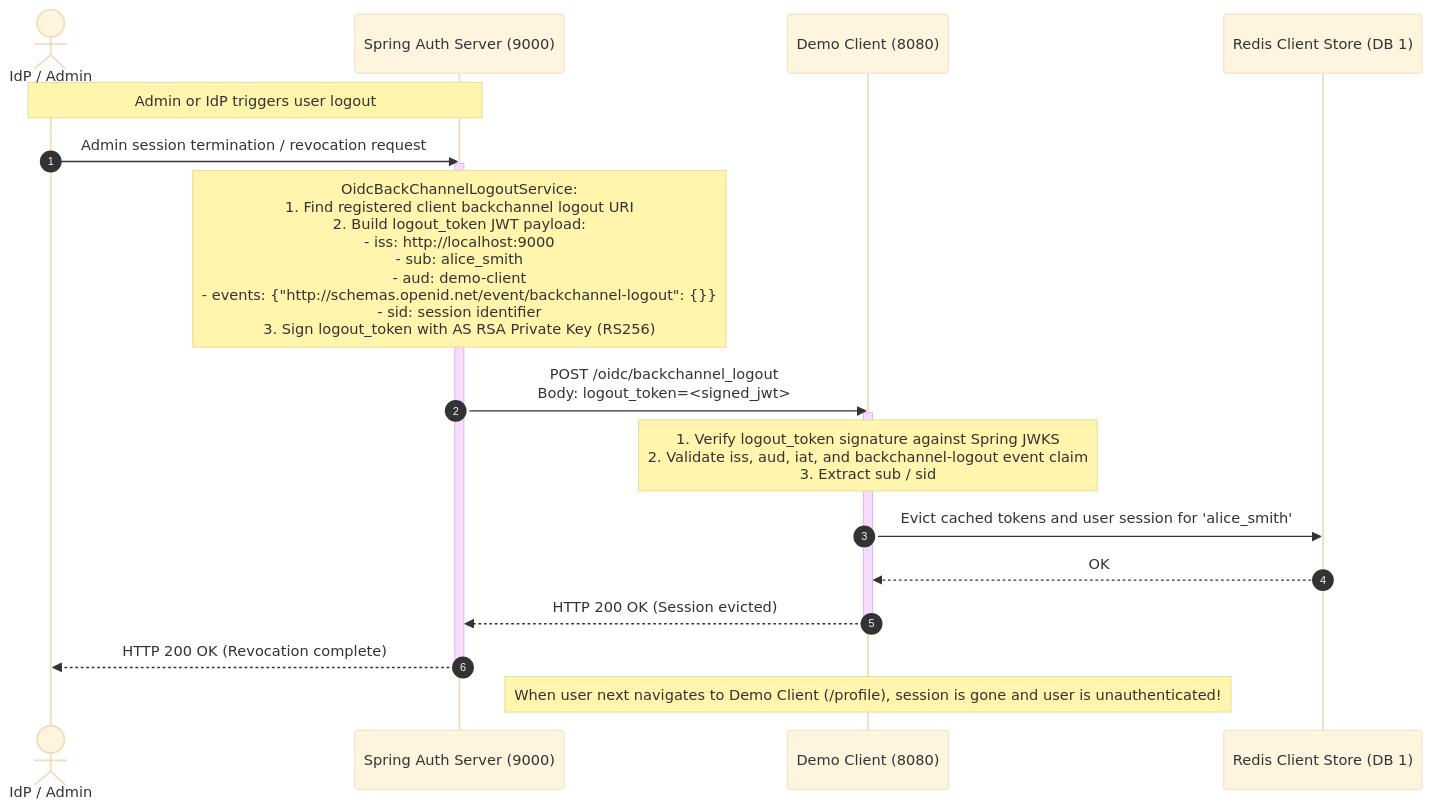
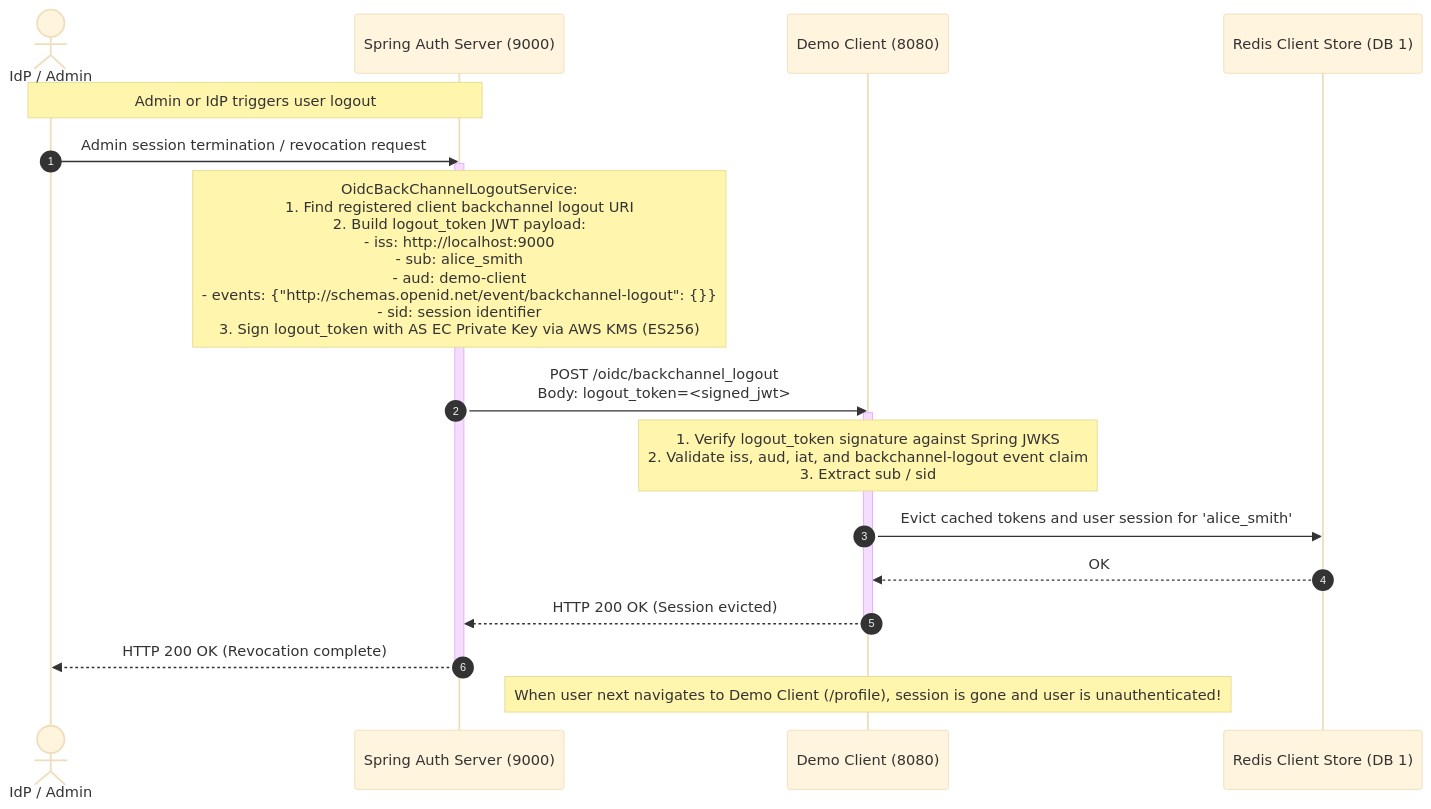
Before and after one commit to shoeyn/oauth-server: the second of 2 diagrams in docs/architecture/token_lifecycle_and_logout_flow.md, drawn with Mermaid (base theme). The commit also changed 48 other files, not shown here.

````diff
--- a/docs/architecture/token_lifecycle_and_logout_flow.md
+++ b/docs/architecture/token_lifecycle_and_logout_flow.md
@@ -53,28 +53,28 @@
 ```mermaid
 sequenceDiagram
     autonumber
     actor Admin as IdP / Admin
     participant Spring as Spring Auth Server (9000)
     participant Client as Demo Client (8080)
     participant RedisClient as Redis Client Store (DB 1)
 
     Note over Admin, Spring: Admin or IdP triggers user logout
     Admin->>Spring: Admin session termination / revocation request
     activate Spring
 
-    Note over Spring: OidcBackChannelLogoutService:<br/>1. Find registered client backchannel logout URI<br/>2. Build logout_token JWT payload:<br/>   - iss: http://localhost:9000<br/>   - sub: alice_smith<br/>   - aud: demo-client<br/>   - events: {"http://schemas.openid.net/event/backchannel-logout": {}}<br/>   - sid: session identifier<br/>3. Sign logout_token with AS RSA Private Key (RS256)
+    Note over Spring: OidcBackChannelLogoutService:<br/>1. Find registered client backchannel logout URI<br/>2. Build logout_token JWT payload:<br/>   - iss: http://localhost:9000<br/>   - sub: alice_smith<br/>   - aud: demo-client<br/>   - events: {"http://schemas.openid.net/event/backchannel-logout": {}}<br/>   - sid: session identifier<br/>3. Sign logout_token with AS EC Private Key via AWS KMS (ES256)
 
     Spring->>Client: POST /oidc/backchannel_logout<br/>Body: logout_token=<signed_jwt>
     activate Client
 
     Note over Client: 1. Verify logout_token signature against Spring JWKS<br/>2. Validate iss, aud, iat, and backchannel-logout event claim<br/>3. Extract sub / sid
     Client->>RedisClient: Evict cached tokens and user session for 'alice_smith'
     RedisClient-->>Client: OK
     Client-->>Spring: HTTP 200 OK (Session evicted)
     deactivate Client
 
     Spring-->>Admin: HTTP 200 OK (Revocation complete)
     deactivate Spring
 
     Note over Client: When user next navigates to Demo Client (/profile), session is gone and user is unauthenticated!
 ```
````
